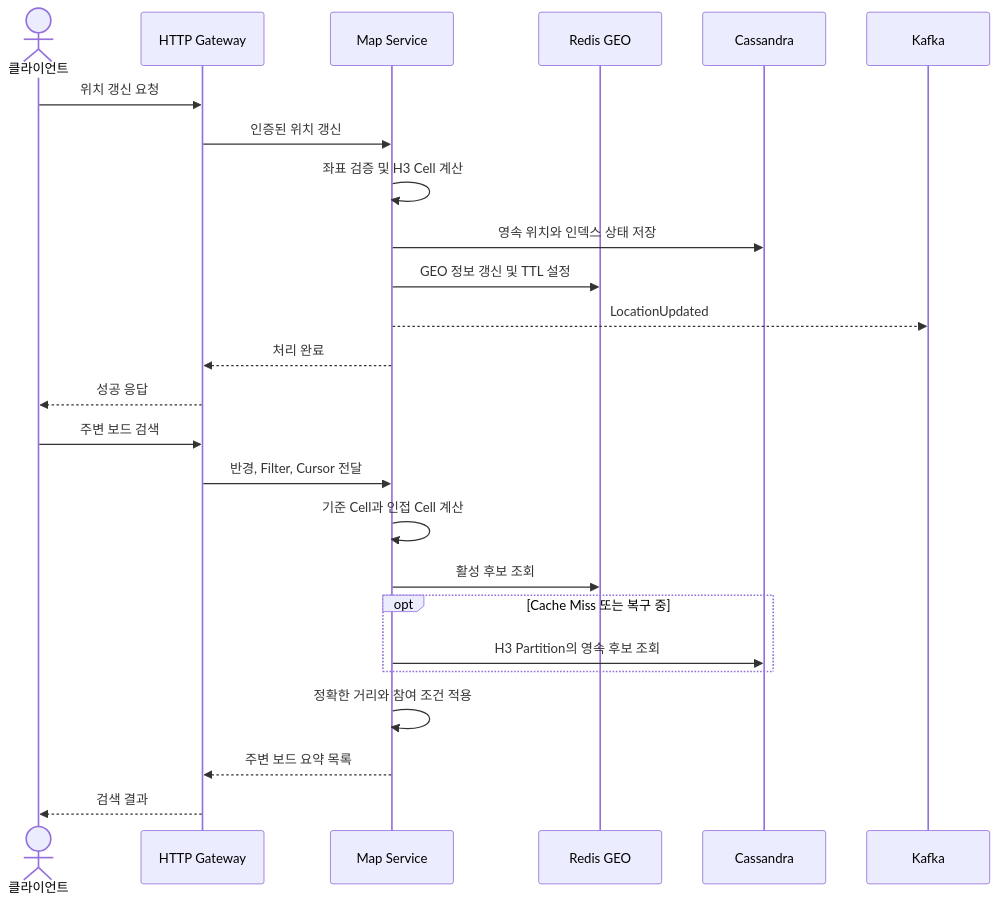
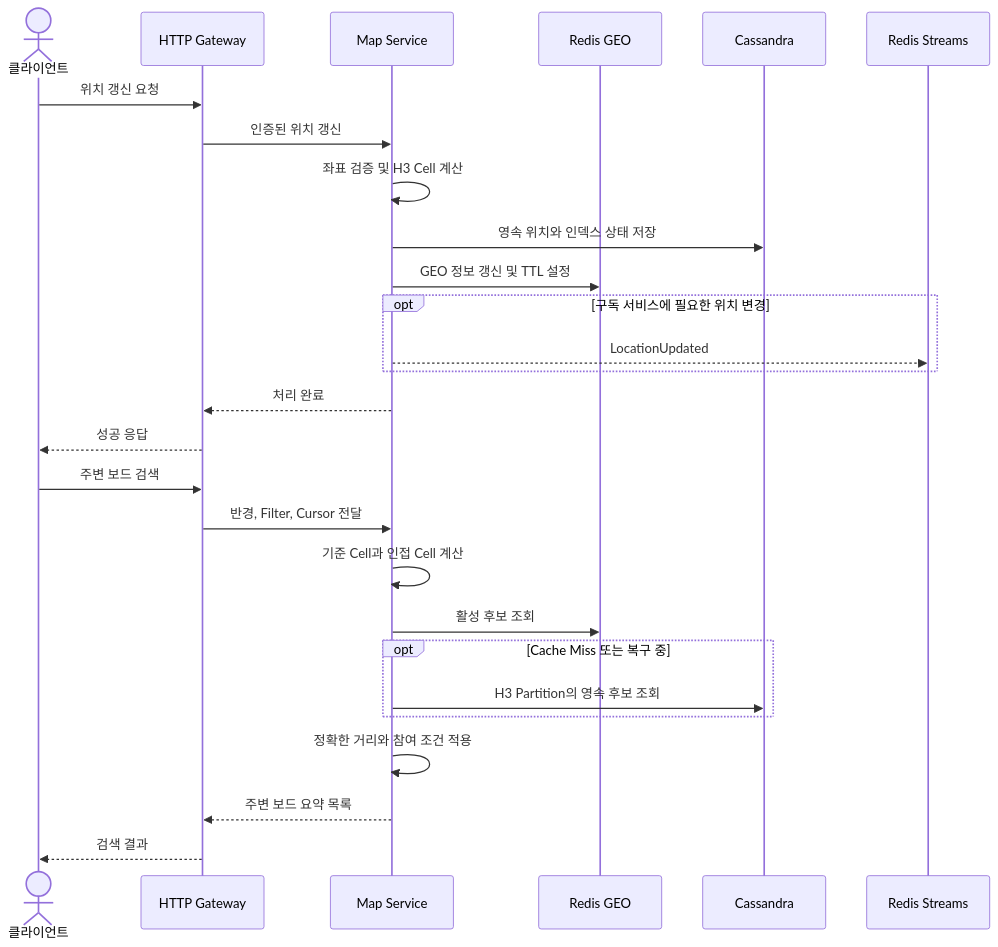
One commit to WGO-What-s-Going-On/Backend changed the second of 4 diagrams in ARCHITECTURE.md. Above: the diagram before and after it, drawn with Mermaid. The commit also changed other lines of this file and 3 other files, not shown here.

````diff
--- a/ARCHITECTURE.md
+++ b/ARCHITECTURE.md
@@ -200,29 +217,31 @@
 ```mermaid
 sequenceDiagram
     actor C as 클라이언트
     participant H as HTTP Gateway
     participant M as Map Service
     participant R as Redis GEO
     participant D as Cassandra
-    participant K as Kafka
+    participant S as Redis Streams
 
     C->>H: 위치 갱신 요청
     H->>M: 인증된 위치 갱신
     M->>M: 좌표 검증 및 H3 Cell 계산
     M->>D: 영속 위치와 인덱스 상태 저장
     M->>R: GEO 정보 갱신 및 TTL 설정
-    M-->>K: LocationUpdated
+    opt 구독 서비스에 필요한 위치 변경
+        M-->>S: LocationUpdated
+    end
     M-->>H: 처리 완료
     H-->>C: 성공 응답
 
     C->>H: 주변 보드 검색
     H->>M: 반경, Filter, Cursor 전달
     M->>M: 기준 Cell과 인접 Cell 계산
     M->>R: 활성 후보 조회
     opt Cache Miss 또는 복구 중
         M->>D: H3 Partition의 영속 후보 조회
     end
     M->>M: 정확한 거리와 참여 조건 적용
     M-->>H: 주변 보드 요약 목록
     H-->>C: 검색 결과
 ```
````
